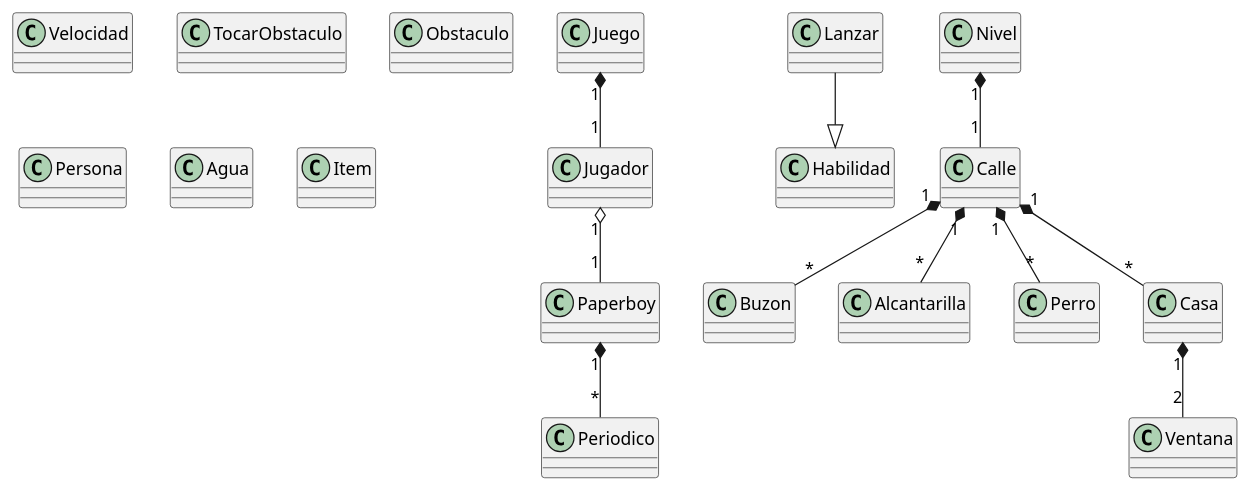
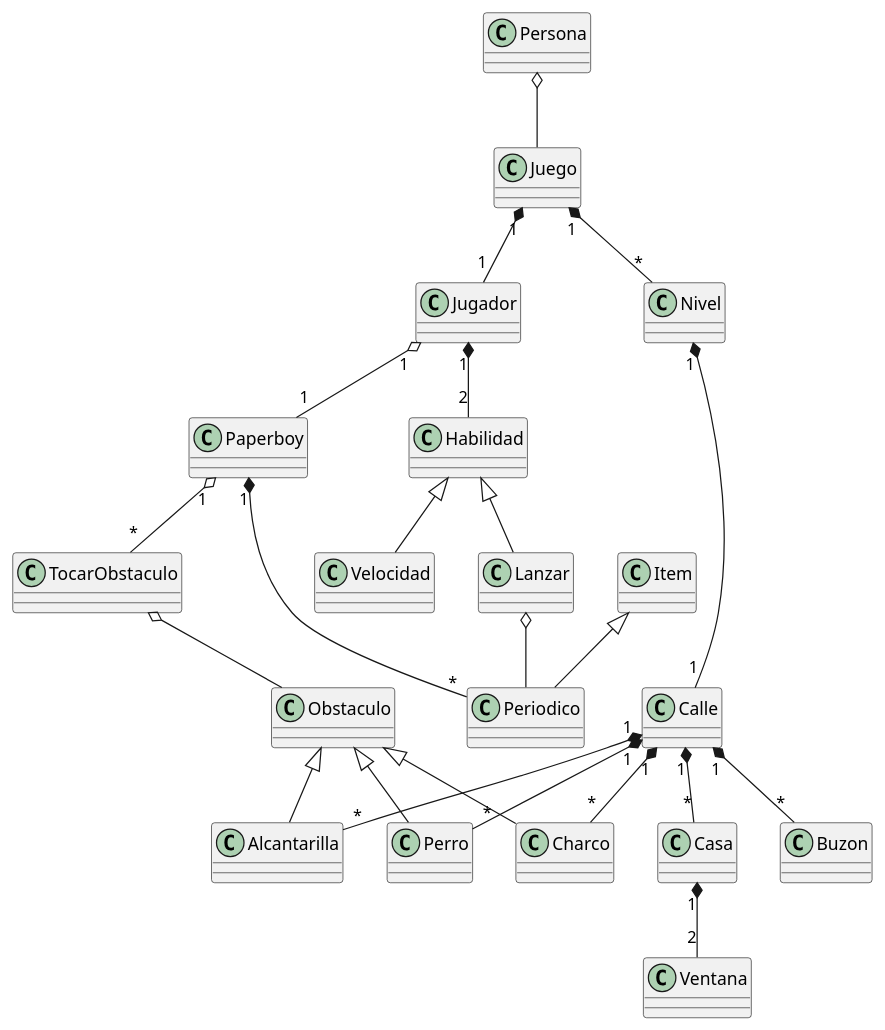
Before and after one commit to Eduardo-Lomeli/Paperboy: the diagram in docs/Paperboy.puml, drawn with PlantUML.

Commit message:
Version 5

```diff
--- a/docs/Paperboy.puml
+++ b/docs/Paperboy.puml
@@ -1,47 +1,60 @@
 @startuml Paperboy
 
 class Jugador
 class Juego
 
 class Paperboy
 class Habilidad
 class Velocidad
 class Lanzar
 class TocarObstaculo
 
 
 
 class Obstaculo
 class Nivel
 class Calle
 class Buzon
 class Persona
 class Alcantarilla
 class Ventana
 class Perro
-class Agua
+class Charco
 class Casa
 
 class Item
 class Periodico
 
-
+Persona o-- Juego
 Juego "1" *-- "1" Jugador
 Jugador "1" o-- "1" Paperboy
 Paperboy "1" *-- "*" Periodico
-Lanzar --|> Habilidad
+Jugador "1" *-- "2" Habilidad
+Juego "1" *-- "*" Nivel
+Paperboy "1" o-- "*" TocarObstaculo
+
+
+Habilidad <|-- Lanzar
+Habilidad <|-- Velocidad
+
 
 Nivel "1" *-- "1" Calle
 Calle "1" *-- "*" Buzon
 Calle "1" *-- "*" Alcantarilla
 Calle "1" *-- "*" Casa
 Calle "1" *-- "*" Perro
+Calle "1" *-- "*" Charco
 Casa "1" *-- "2" Ventana
 
+Obstaculo <|-- Alcantarilla
+Obstaculo <|-- Perro
+Obstaculo <|-- Charco
+TocarObstaculo o-- Obstaculo
 
-
+Item <|-- Periodico
+Lanzar o-- Periodico
 
 
 
 
 @enduml
```
